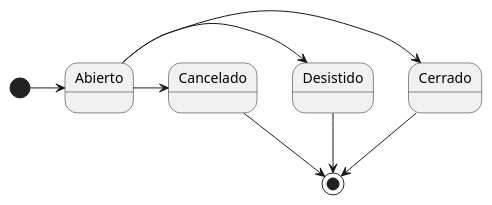
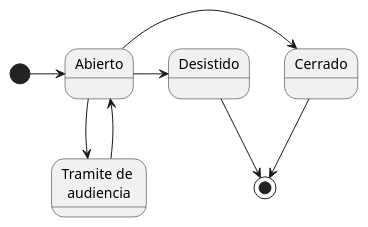
One commit to Gratiniano/notas changed the diagram in RIA/Expedientes.md. Above: the diagram before and after it, drawn with PlantUML. The commit also changed other lines of this file and 6 other files, not shown here.

````diff
--- a/RIA/Expedientes.md
+++ b/RIA/Expedientes.md
@@ -81,16 +56,17 @@
 ```plantuml
 @startuml component
-[*] -> Abierto
 
+state "Tramite de \naudiencia" as TA
+[*] ->  Abierto
+
+Abierto -->TA
+TA --> Abierto
 Abierto -> Cerrado
 Cerrado -->[*]
 
 Abierto -> Desistido
-Abierto -> Cancelado
-
 
 Desistido -->[*]
-Cancelado-->[*]
 
 @enduml
 ```
````
